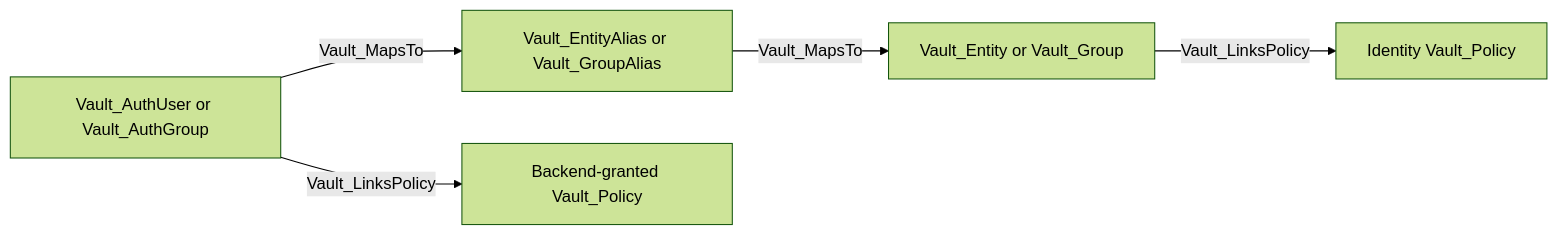
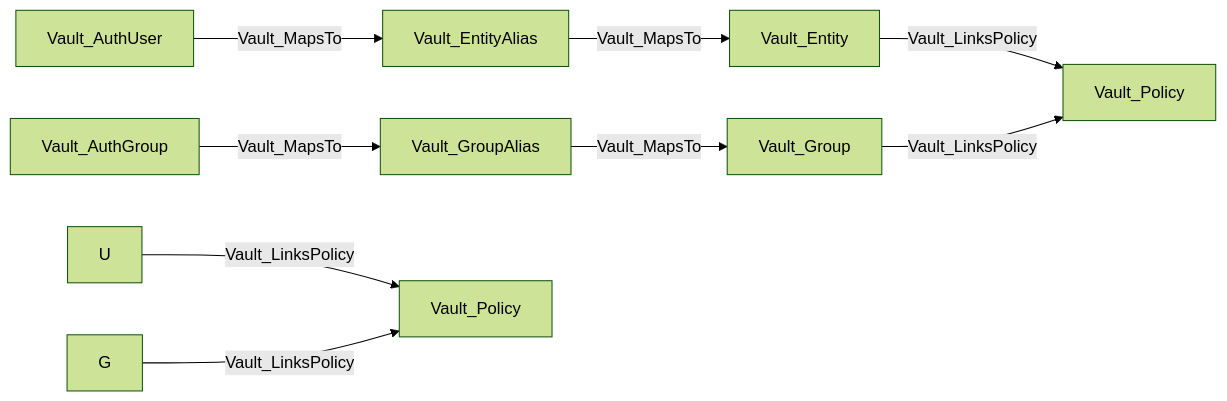
One commit to bytewreck/opengraph-vault changed the second of 39 diagrams in Documentation/stores/AUTH.md. Above: the diagram before and after it, drawn with Mermaid (forest theme). The commit also changed other lines of this file, not shown here.

````diff
--- a/Documentation/stores/AUTH.md
+++ b/Documentation/stores/AUTH.md
@@ -35,7 +35,11 @@
 ```mermaid
 flowchart LR
-    principal["Vault_AuthUser or Vault_AuthGroup"] -->|Vault_MapsTo| alias["Vault_EntityAlias or Vault_GroupAlias"]
-    principal -->|Vault_LinksPolicy| direct[Backend-granted Vault_Policy]
-    alias -->|Vault_MapsTo| identity["Vault_Entity or Vault_Group"]
-    identity -->|Vault_LinksPolicy| inherited[Identity Vault_Policy]
+    AU[Vault_AuthUser] -->|Vault_MapsTo| EA[Vault_EntityAlias]
+    EA -->|Vault_MapsTo| VE[Vault_Entity]
+    AG[Vault_AuthGroup] -->|Vault_MapsTo| GA[Vault_GroupAlias]
+    GA -->|Vault_MapsTo| VG[Vault_Group]
+    U -->|Vault_LinksPolicy| P1[Vault_Policy]
+    G -->|Vault_LinksPolicy| P1
+    VE -->|Vault_LinksPolicy| P2[Vault_Policy]
+    VG -->|Vault_LinksPolicy| P2
 ```
````
